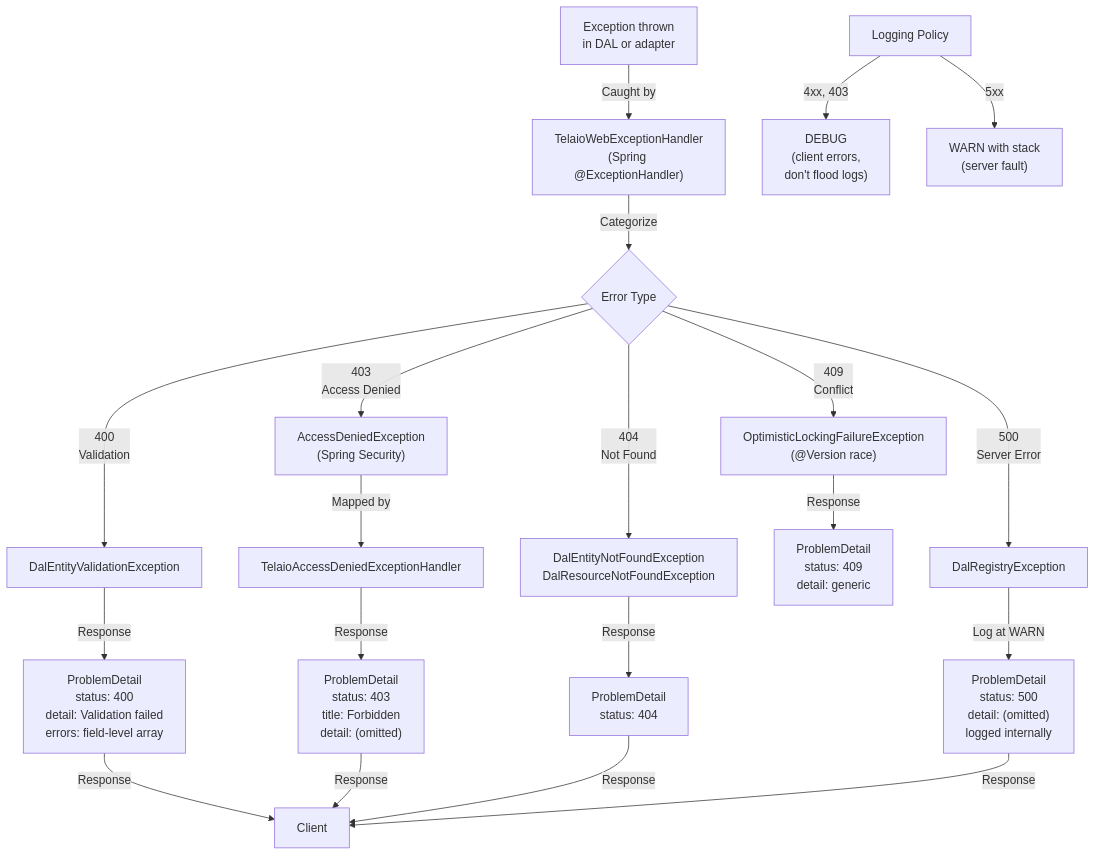
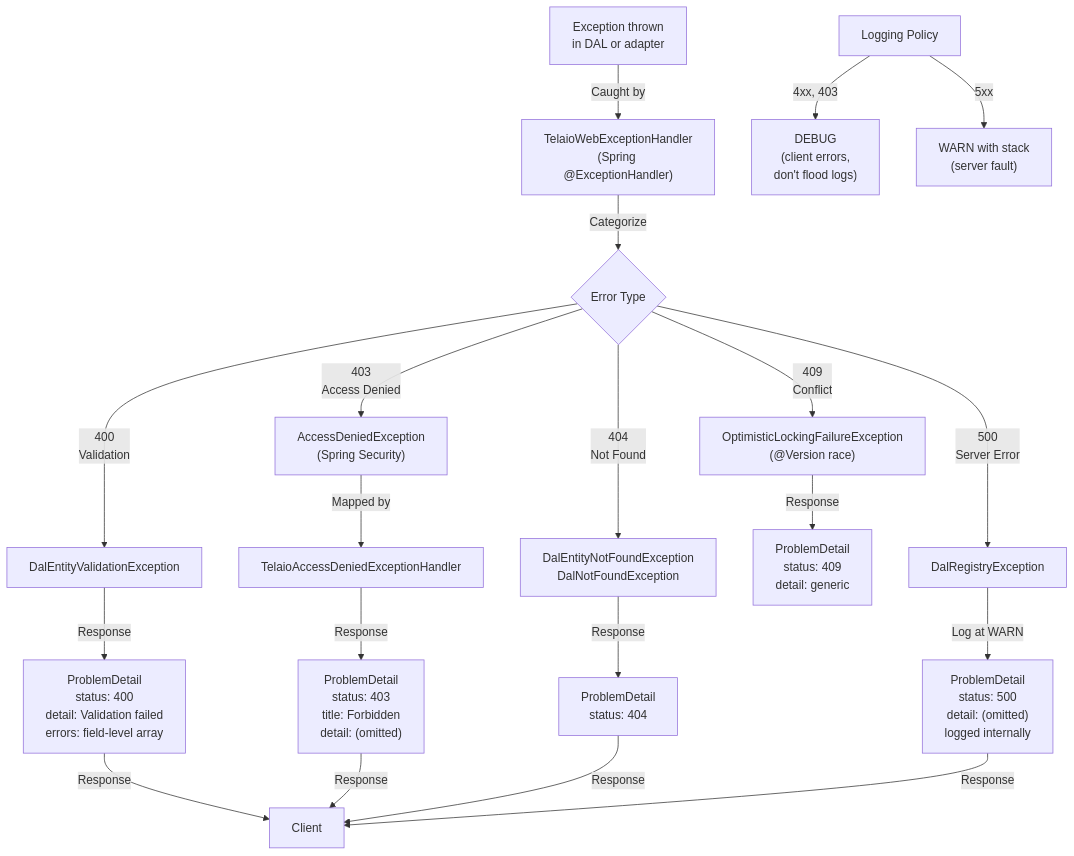
The ninth of 9 diagrams in docs/architecture.md (marcopag90/telaio), drawn with Mermaid before and after one commit. The commit also changed other lines of this file and 5 other files, not shown here.

````diff
--- a/docs/architecture.md
+++ b/docs/architecture.md
@@ -303,22 +304,22 @@
 ```mermaid
 graph TD
     A["Exception thrown<br/>in DAL or adapter"] -->|Caught by| B["TelaioWebExceptionHandler<br/>(Spring @ExceptionHandler)"]
     B -->|Categorize| C{Error Type}
     C -->|400<br/>Validation| D["DalEntityValidationException"]
     D -->|Response| E["ProblemDetail<br/>status: 400<br/>detail: Validation failed<br/>errors: field-level array"]
     C -->|403<br/>Access Denied| F["AccessDeniedException<br/>(Spring Security)"]
     F -->|Mapped by| G["TelaioAccessDeniedExceptionHandler"]
     G -->|Response| H["ProblemDetail<br/>status: 403<br/>title: Forbidden<br/>detail: (omitted)"]
-    C -->|404<br/>Not Found| I["DalEntityNotFoundException<br/>DalResourceNotFoundException"]
+    C -->|404<br/>Not Found| I["DalEntityNotFoundException<br/>DalNotFoundException"]
     I -->|Response| J["ProblemDetail<br/>status: 404"]
     C -->|409<br/>Conflict| P["OptimisticLockingFailureException<br/>(@Version race)"]
     P -->|Response| Q["ProblemDetail<br/>status: 409<br/>detail: generic"]
     C -->|500<br/>Server Error| K["DalRegistryException"]
     K -->|Log at WARN| L["ProblemDetail<br/>status: 500<br/>detail: (omitted)<br/>logged internally"]
     M["Logging Policy"] -->|4xx, 403| N["DEBUG<br/>(client errors,<br/>don't flood logs)"]
     M -->|5xx| O["WARN with stack<br/>(server fault)"]
     E -->|Response| Z["Client"]
     H -->|Response| Z
     J -->|Response| Z
     L -->|Response| Z
 ```
````
